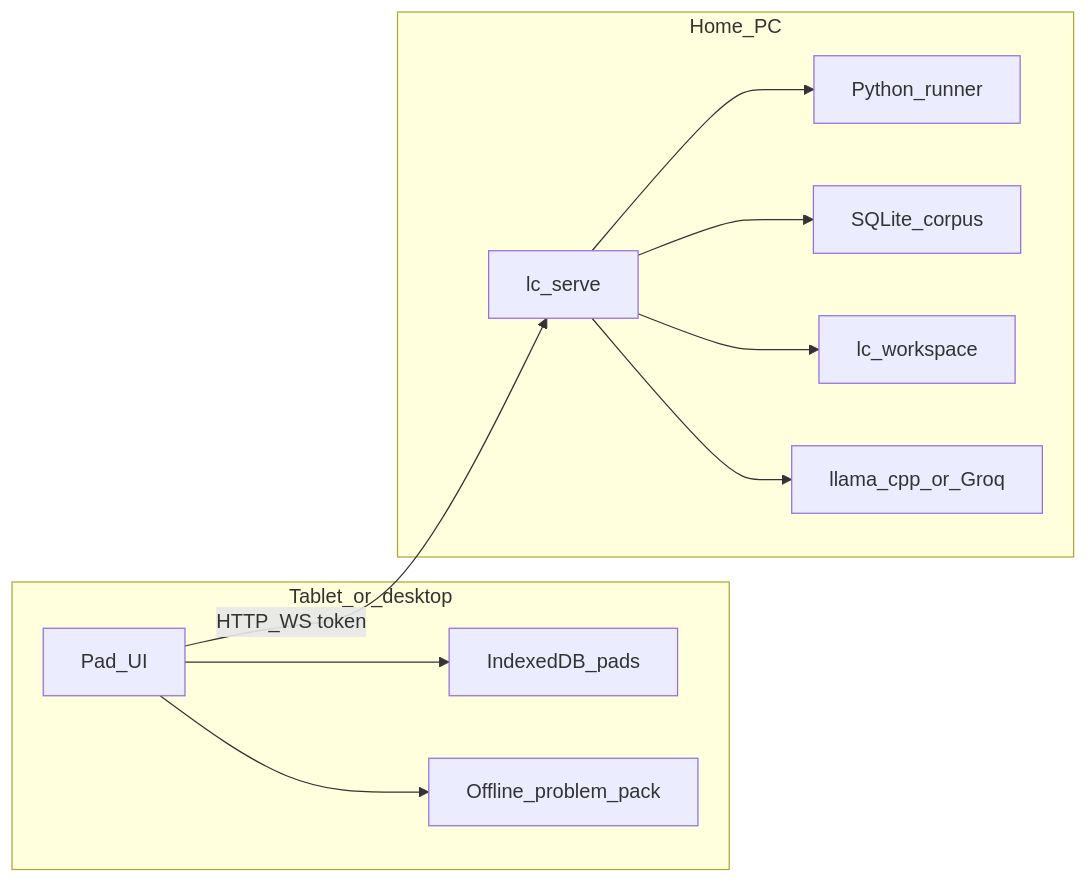
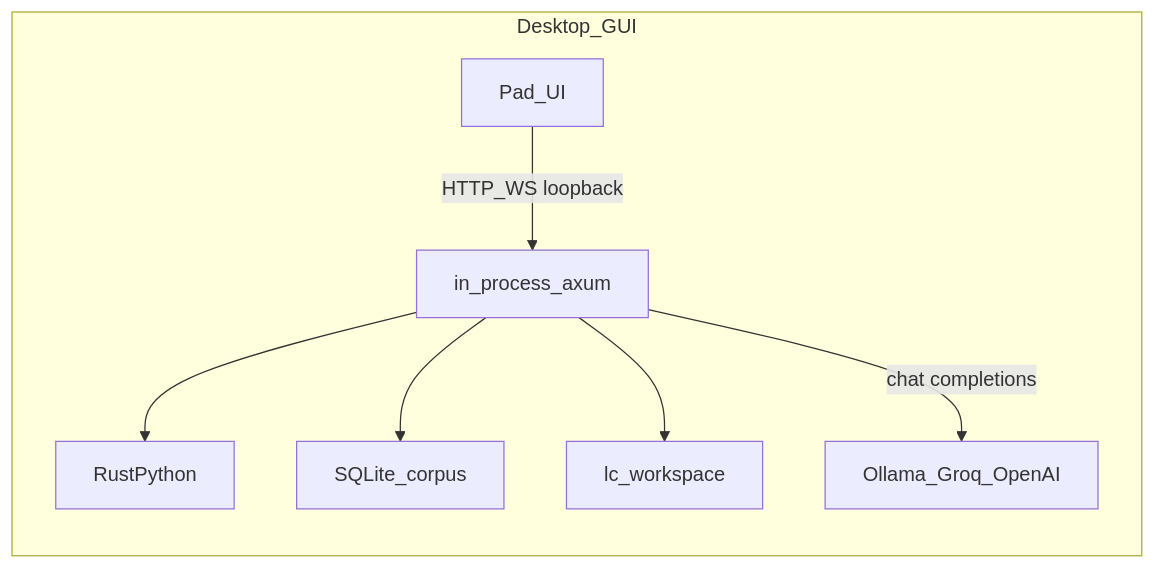
The first of 2 diagrams in README.md (amittenak47/lc-gui-tui), drawn with Mermaid before and after one commit. The commit also changed other lines of this file and 20 other files, not shown here.

First line of the commit message:
feat(gui): embed daemon and RustPython judge

````diff
--- a/README.md
+++ b/README.md
@@ -172,22 +175,15 @@
 ```mermaid
 flowchart LR
-  subgraph device [Tablet_or_desktop]
+  subgraph gui [Desktop_GUI]
     UI[Pad_UI]
-    IDB[IndexedDB_pads]
-    Pack[Offline_problem_pack]
-    UI --> IDB
-    UI --> Pack
-  end
-  subgraph pc [Home_PC]
-    Daemon[lc_serve]
-    Py[Python_runner]
+    Axum[in_process_axum]
+    RP[RustPython]
     Corpus[SQLite_corpus]
     WS[lc_workspace]
-    LLM[llama_cpp_or_Groq]
-    Daemon --> Py
-    Daemon --> Corpus
-    Daemon --> WS
-    Daemon --> LLM
+    UI -->|"HTTP_WS loopback"| Axum
+    Axum --> RP
+    Axum --> Corpus
+    Axum --> WS
+    Axum -->|"chat completions"| LLM[Ollama_Groq_OpenAI]
   end
-  UI -->|"HTTP_WS token"| Daemon
 ```
````
